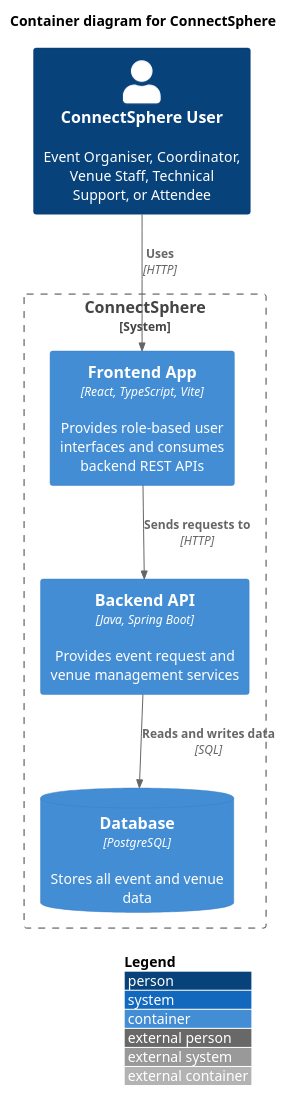
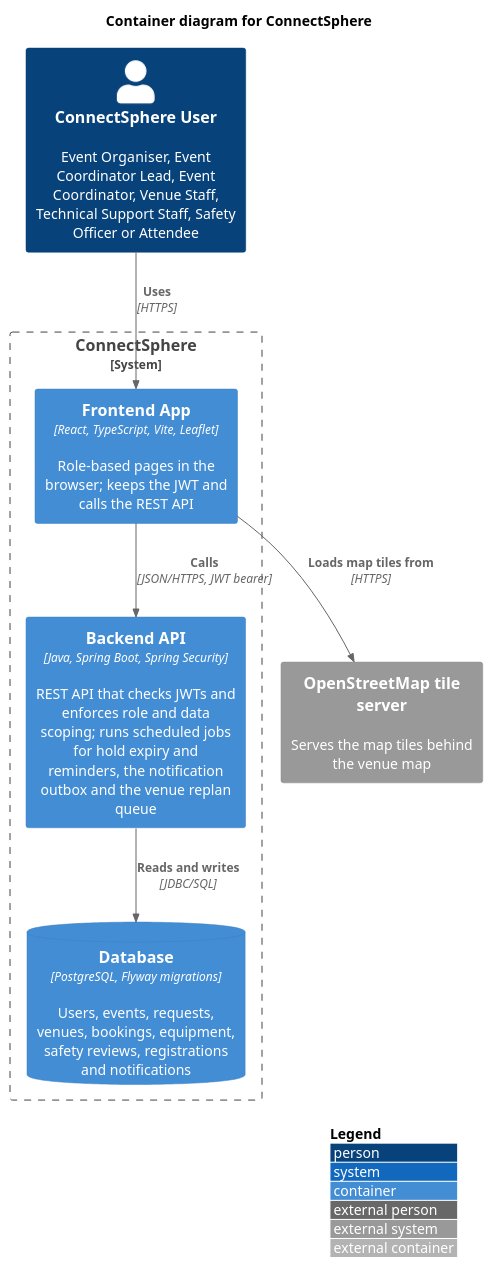
Before and after one commit to spikeypear-bot/cSphere: the diagram in docs/c4-diagrams/container_diagram.puml, drawn with PlantUML. The commit also changed 1 other file, not shown here.

Commit message:
docs(DEV01): bring C4 context and container diagrams up to date
Add the Event Coordinator Lead and Safety Officer roles, the OpenStreetMap
tile server, JWT auth, scheduled jobs and Flyway, matching what is built.

Claude-Session: https://claude.ai/code/session_01HyZJmv4urmHKtE3aP1VvzT

```diff
--- a/docs/c4-diagrams/container_diagram.puml
+++ b/docs/c4-diagrams/container_diagram.puml
@@ -1,21 +1,24 @@
 @startuml
 !include https://raw.githubusercontent.com/plantuml-stdlib/C4-PlantUML/master/C4_Container.puml
 
 LAYOUT_WITH_LEGEND()
 
 title Container diagram for ConnectSphere
 
-Person(user, "ConnectSphere User", "Event Organiser, Coordinator, Venue Staff, Technical Support, or Attendee")
+Person(user, "ConnectSphere User", "Event Organiser, Event Coordinator Lead, Event Coordinator, Venue Staff, Technical Support Staff, Safety Officer or Attendee")
+
+System_Ext(osm, "OpenStreetMap tile server", "Serves the map tiles behind the venue map")
 
 System_Boundary(connectSphere, "ConnectSphere") {
-    Container(spa, "Frontend App", "React, TypeScript, Vite", "Provides role-based user interfaces and consumes backend REST APIs")
+    Container(spa, "Frontend App", "React, TypeScript, Vite, Leaflet", "Role-based pages in the browser; keeps the JWT and calls the REST API")
 
-    Container(api, "Backend API", "Java, Spring Boot", "Provides event request and venue management services")
+    Container(api, "Backend API", "Java, Spring Boot, Spring Security", "REST API that checks JWTs and enforces role and data scoping; runs scheduled jobs for hold expiry and reminders, the notification outbox and the venue replan queue")
 
-    ContainerDb(db, "Database", "PostgreSQL", "Stores all event and venue data")
+    ContainerDb(db, "Database", "PostgreSQL, Flyway migrations", "Users, events, requests, venues, bookings, equipment, safety reviews, registrations and notifications")
 }
 
-Rel(user, spa, "Uses", "HTTP")
-Rel(spa, api, "Sends requests to", "HTTP")
-Rel(api, db, "Reads and writes data", "SQL")
+Rel(user, spa, "Uses", "HTTPS")
+Rel(spa, api, "Calls", "JSON/HTTPS, JWT bearer")
+Rel(spa, osm, "Loads map tiles from", "HTTPS")
+Rel(api, db, "Reads and writes", "JDBC/SQL")
 @enduml
```
